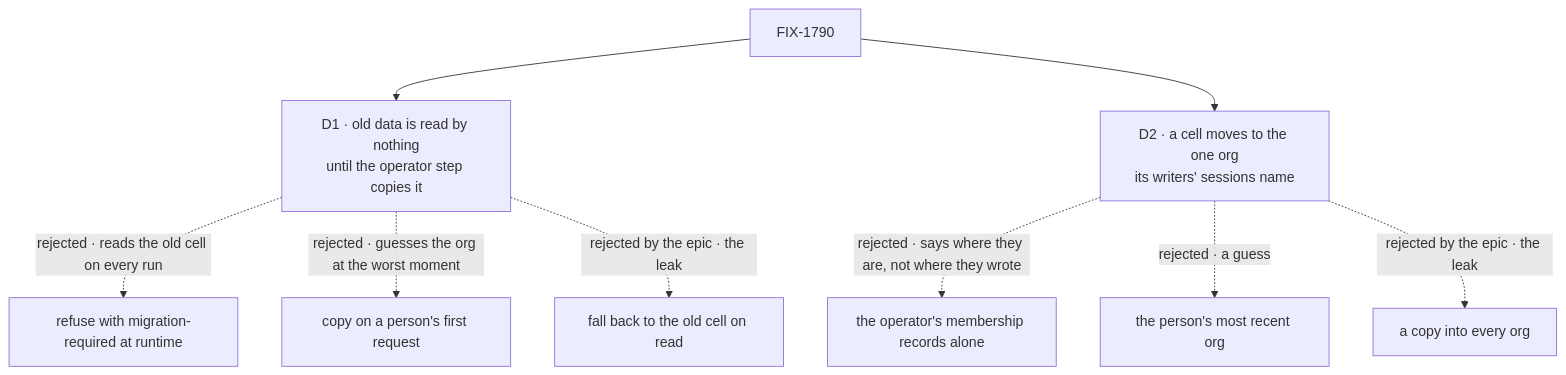
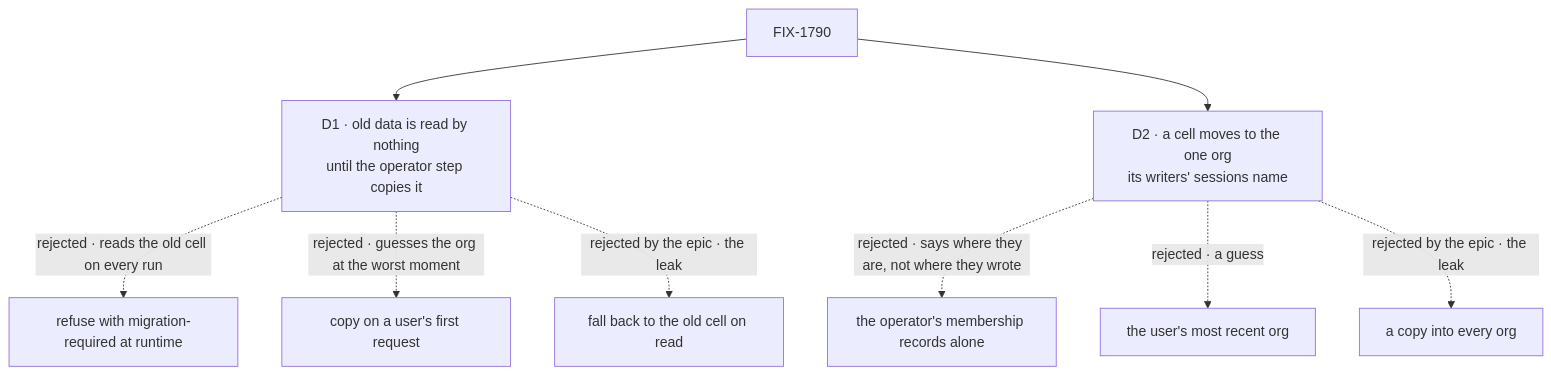
One commit to fixpoint-labs/flow-state-dev changed the diagram in specs/issues/FIX-1790/DECISIONS.md. Above: the diagram before and after it, drawn with Mermaid. The commit also changed other lines of this file and 9 other files, not shown here.

First line of the commit message:
docs(spec): FIX-1790 says "user" and "flow", not "person" and "kind"

````diff
--- a/specs/issues/FIX-1790/DECISIONS.md
+++ b/specs/issues/FIX-1790/DECISIONS.md
@@ -14,11 +14,11 @@
 ```mermaid
 flowchart TD
   I["FIX-1790"] --> D1["D1 · old data is read by nothing<br/>until the operator step copies it"]
   D1 -.->|"rejected · reads the old cell on every run"| X1["refuse with migration-required at runtime"]
-  D1 -.->|"rejected · guesses the org at the worst moment"| X2["copy on a person's first request"]
+  D1 -.->|"rejected · guesses the org at the worst moment"| X2["copy on a user's first request"]
   D1 -.->|"rejected by the epic · the leak"| X3["fall back to the old cell on read"]
   I --> D2["D2 · a cell moves to the one org<br/>its writers' sessions name"]
   D2 -.->|"rejected · says where they are, not where they wrote"| X4["the operator's membership records alone"]
-  D2 -.->|"rejected · a guess"| X5["the person's most recent org"]
+  D2 -.->|"rejected · a guess"| X5["the user's most recent org"]
   D2 -.->|"rejected by the epic · the leak"| X6["a copy into every org"]
 ```
````
